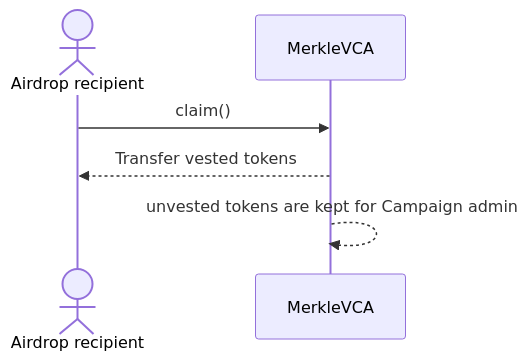
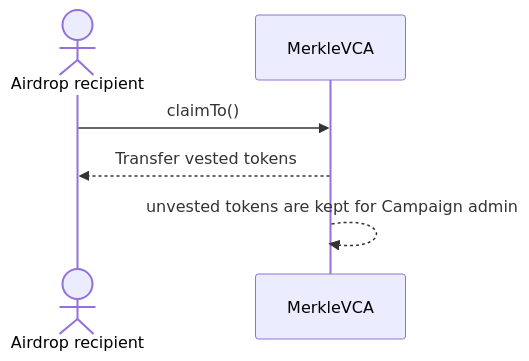
Before and after one commit to sablier-labs/docs: the seventh of 8 diagrams in docs/reference/airdrops/01-diagrams.md, drawn with Mermaid. The commit also changed 2 other files, not shown here.

Commit message:
docs: add use cases for VCA airdrop docs: use claimTo in VCA diagram docs: add compatibility column to airdrops access control

````diff
--- a/docs/reference/airdrops/01-diagrams.md
+++ b/docs/reference/airdrops/01-diagrams.md
@@ -82,8 +82,8 @@
 ```mermaid
 sequenceDiagram
   actor Airdrop recipient
 
-  Airdrop recipient ->> MerkleVCA: claim()
+  Airdrop recipient ->> MerkleVCA: claimTo()
   MerkleVCA -->> Airdrop recipient: Transfer vested tokens
   MerkleVCA -->> MerkleVCA:  unvested tokens are kept for Campaign admin
 ```
````
